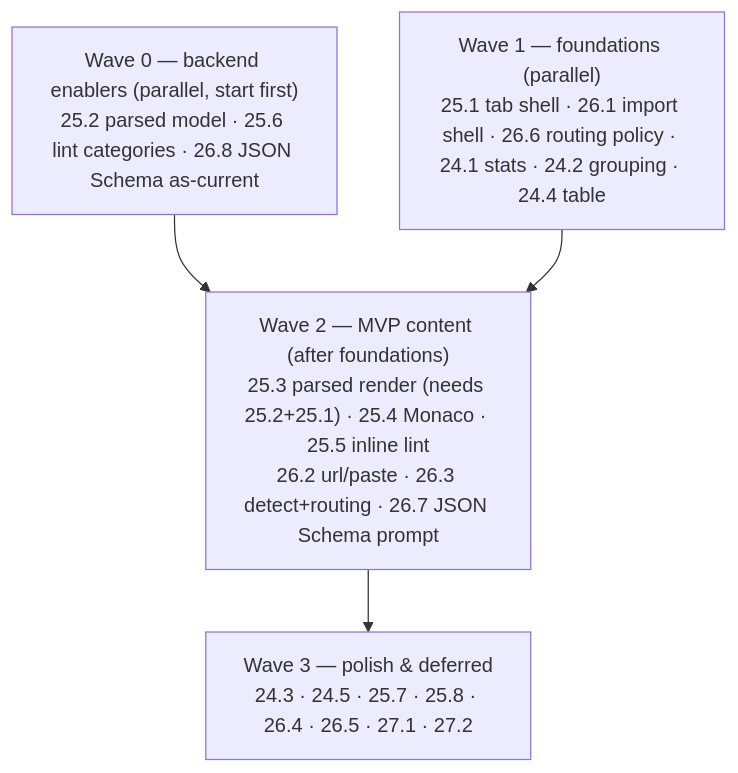
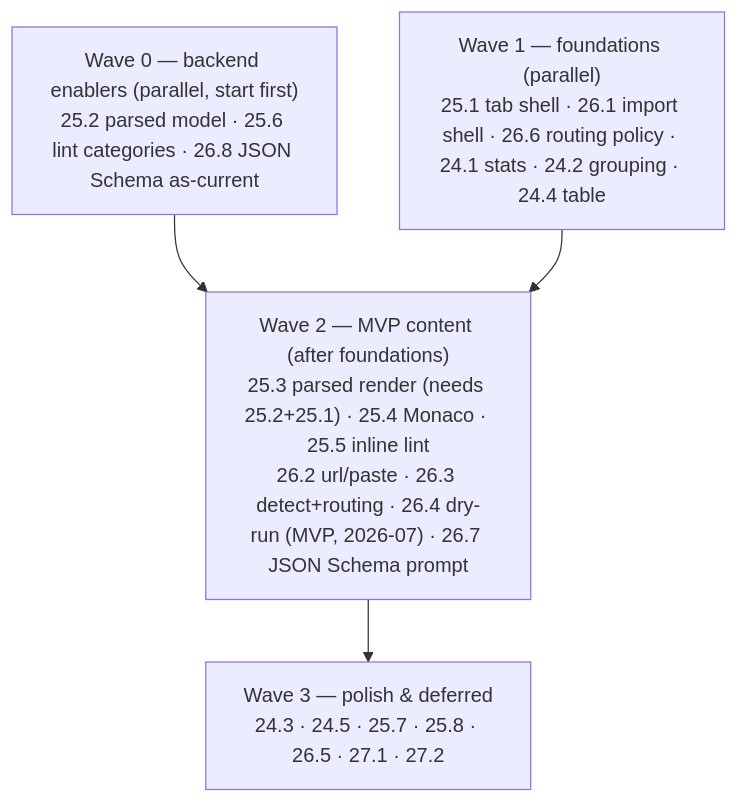
One commit to apiome/apiome changed the fourth of 4 diagrams in docs/ROADMAP_MULTI_FORMAT_IMPORT_UI.md. Above: the diagram before and after it, drawn with Mermaid. The commit also changed other lines of this file and 4 other files, not shown here.

````diff
--- a/docs/ROADMAP_MULTI_FORMAT_IMPORT_UI.md
+++ b/docs/ROADMAP_MULTI_FORMAT_IMPORT_UI.md
@@ -688,9 +695,9 @@
 ```mermaid
 graph TD
   W0["Wave 0 — backend enablers (parallel, start first)<br/>25.2 parsed model · 25.6 lint categories · 26.8 JSON Schema as-current"]
   W1["Wave 1 — foundations (parallel)<br/>25.1 tab shell · 26.1 import shell · 26.6 routing policy · 24.1 stats · 24.2 grouping · 24.4 table"]
-  W2["Wave 2 — MVP content (after foundations)<br/>25.3 parsed render (needs 25.2+25.1) · 25.4 Monaco · 25.5 inline lint<br/>26.2 url/paste · 26.3 detect+routing · 26.7 JSON Schema prompt"]
-  W3["Wave 3 — polish & deferred<br/>24.3 · 24.5 · 25.7 · 25.8 · 26.4 · 26.5 · 27.1 · 27.2"]
+  W2["Wave 2 — MVP content (after foundations)<br/>25.3 parsed render (needs 25.2+25.1) · 25.4 Monaco · 25.5 inline lint<br/>26.2 url/paste · 26.3 detect+routing · 26.4 dry-run (MVP, 2026-07) · 26.7 JSON Schema prompt"]
+  W3["Wave 3 — polish & deferred<br/>24.3 · 24.5 · 25.7 · 25.8 · 26.5 · 27.1 · 27.2"]
   W0 --> W2
   W1 --> W2 --> W3
 ```
````
